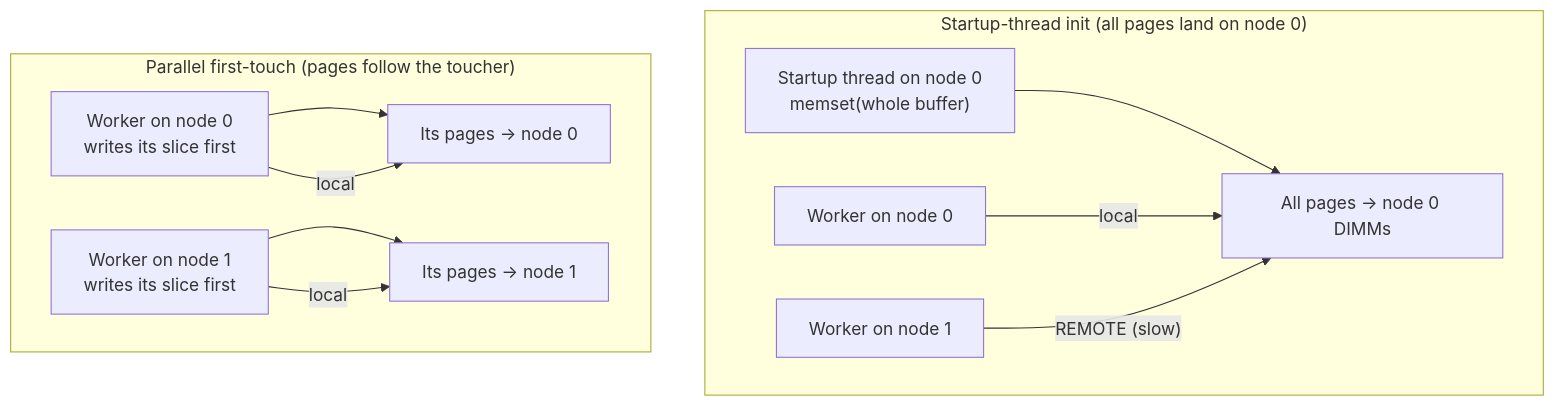
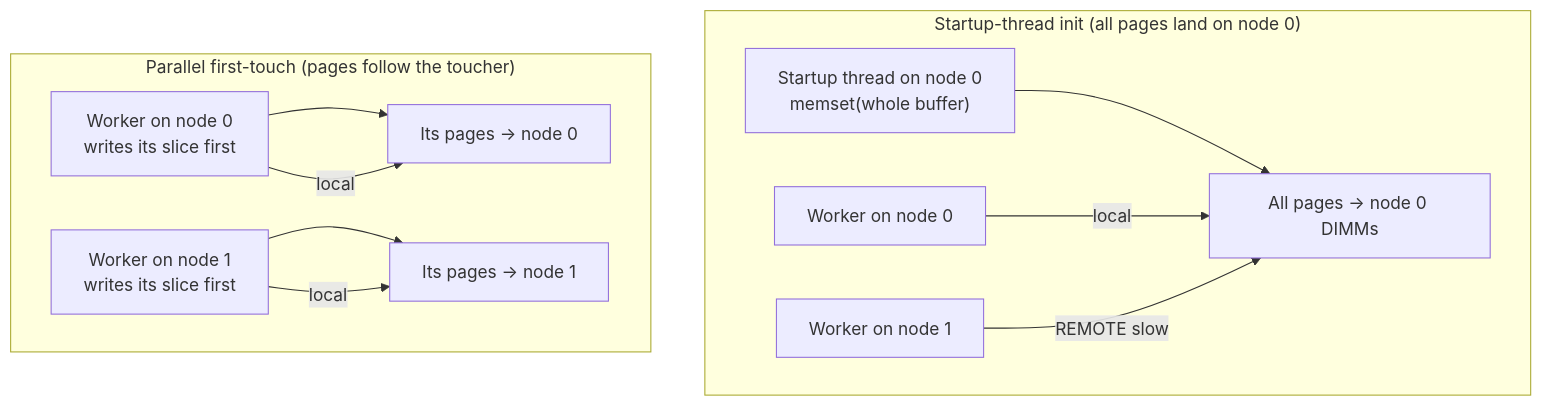
Before and after one commit to bumbsclaw/textbooks: the fifth of 8 diagrams in vol-01-computer-architecture/ch06-numa.md, drawn with Mermaid. The commit also changed other lines of this file and 173 other files, not shown here.

First line of the commit message:
fix(mermaid): close note brackets, semicolons in Notes, stateDiagram br -> dash, edge parens

````diff
--- a/vol-01-computer-architecture/ch06-numa.md
+++ b/vol-01-computer-architecture/ch06-numa.md
@@ -338,14 +338,14 @@
 ```mermaid
 flowchart TB
     subgraph BAD["Startup-thread init (all pages land on node 0)"]
       T0["Startup thread on node 0<br/>memset(whole buffer)"] --> P0["All pages -> node 0 DIMMs"]
       W0["Worker on node 0"] -->|local| P0
-      W1["Worker on node 1"] -->|"REMOTE (slow)"| P0
+      W1["Worker on node 1"] -->|"REMOTE slow "| P0
     end
     subgraph GOOD["Parallel first-touch (pages follow the toucher)"]
       A0["Worker on node 0<br/>writes its slice first"] --> Q0["Its pages -> node 0"]
       A1["Worker on node 1<br/>writes its slice first"] --> Q1["Its pages -> node 1"]
       A0 -->|local| Q0
       A1 -->|local| Q1
     end
 ```
````
